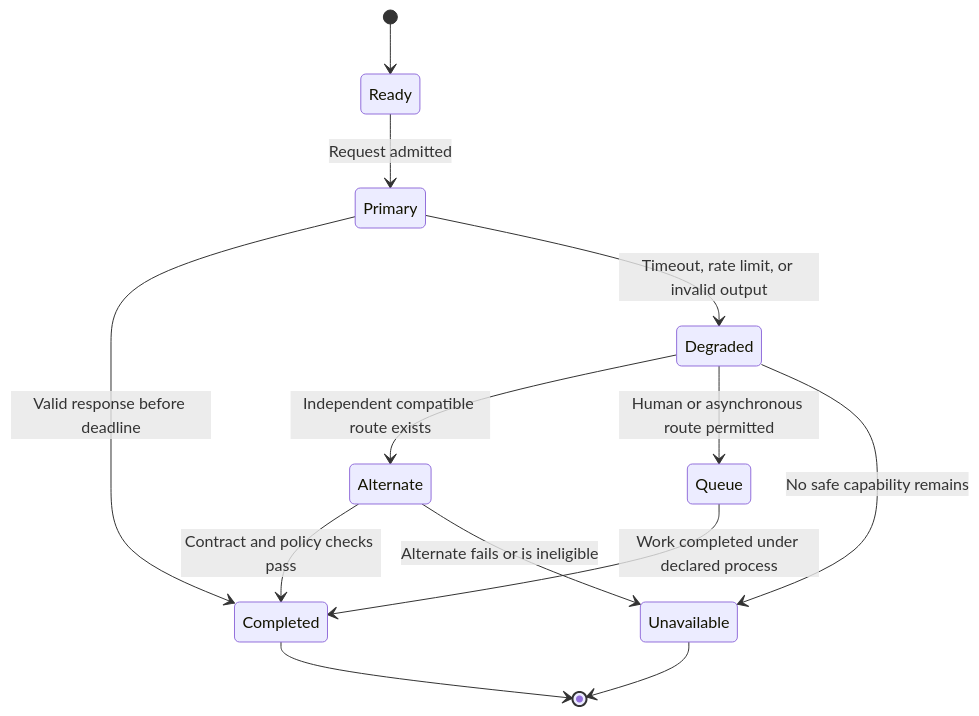
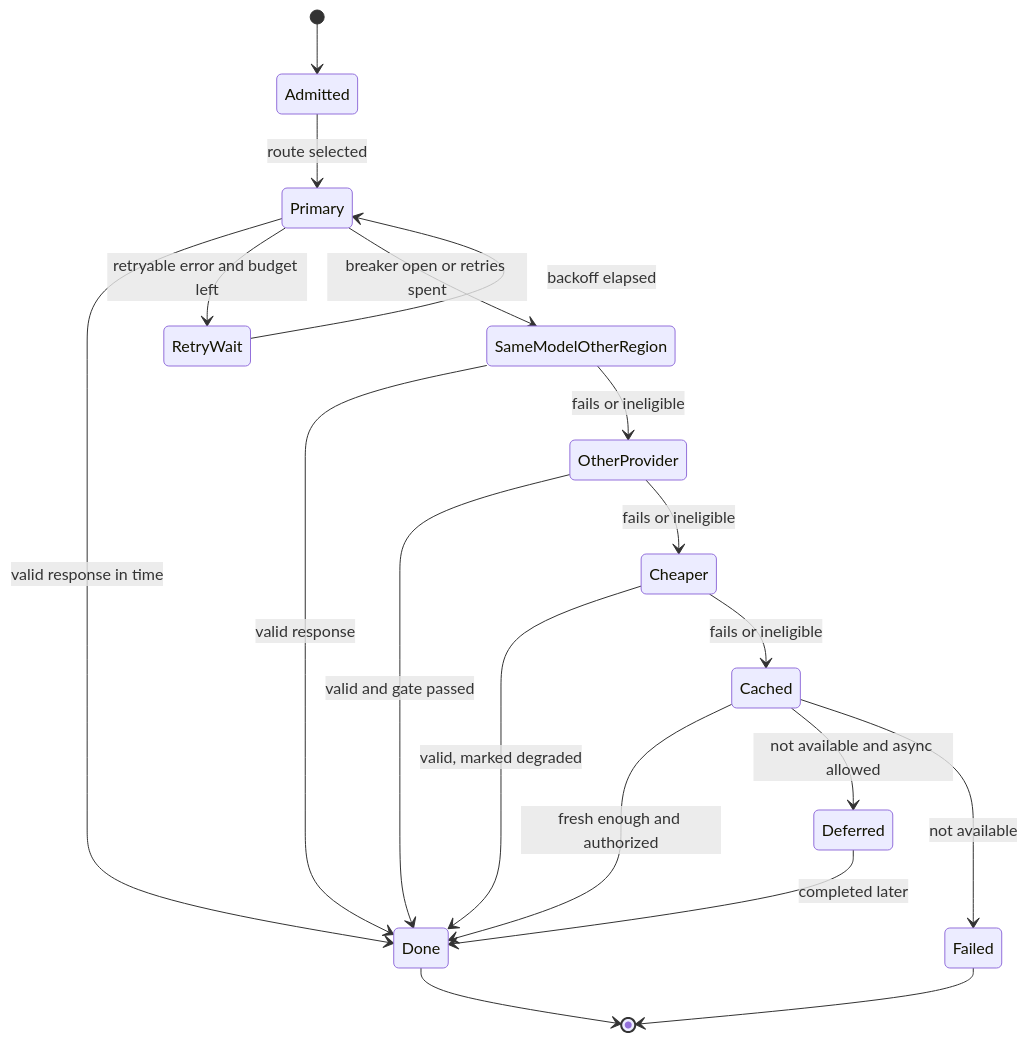
Before and after one commit to joydasss/Architect: the seventh of 14 diagrams in 17_AI_Architecture/CH08_Model_Gateway_Routing_and_Fallback_Architecture.md, drawn with Mermaid. The commit also changed other lines of this file and 295 other files, not shown here.

````diff
--- a/17_AI_Architecture/CH08_Model_Gateway_Routing_and_Fallback_Architecture.md
+++ b/17_AI_Architecture/CH08_Model_Gateway_Routing_and_Fallback_Architecture.md
@@ -47,15 +657,21 @@
 ```mermaid
 stateDiagram-v2
-    [*] --> Ready
-    Ready --> Primary: Request admitted
-    Primary --> Completed: Valid response before deadline
-    Primary --> Degraded: Timeout, rate limit, or invalid output
-    Degraded --> Alternate: Independent compatible route exists
-    Degraded --> Queue: Human or asynchronous route permitted
-    Degraded --> Unavailable: No safe capability remains
-    Alternate --> Completed: Contract and policy checks pass
-    Alternate --> Unavailable: Alternate fails or is ineligible
-    Queue --> Completed: Work completed under declared process
-    Completed --> [*]
-    Unavailable --> [*]
+    [*] --> Admitted
+    Admitted --> Primary: route selected
+    Primary --> Done: valid response in time
+    Primary --> RetryWait: retryable error and budget left
+    RetryWait --> Primary: backoff elapsed
+    Primary --> SameModelOtherRegion: breaker open or retries spent
+    SameModelOtherRegion --> Done: valid response
+    SameModelOtherRegion --> OtherProvider: fails or ineligible
+    OtherProvider --> Done: valid and gate passed
+    OtherProvider --> Cheaper: fails or ineligible
+    Cheaper --> Done: valid, marked degraded
+    Cheaper --> Cached: fails or ineligible
+    Cached --> Done: fresh enough and authorized
+    Cached --> Deferred: not available and async allowed
+    Cached --> Failed: not available
+    Deferred --> Done: completed later
+    Failed --> [*]
+    Done --> [*]
 ```
````
